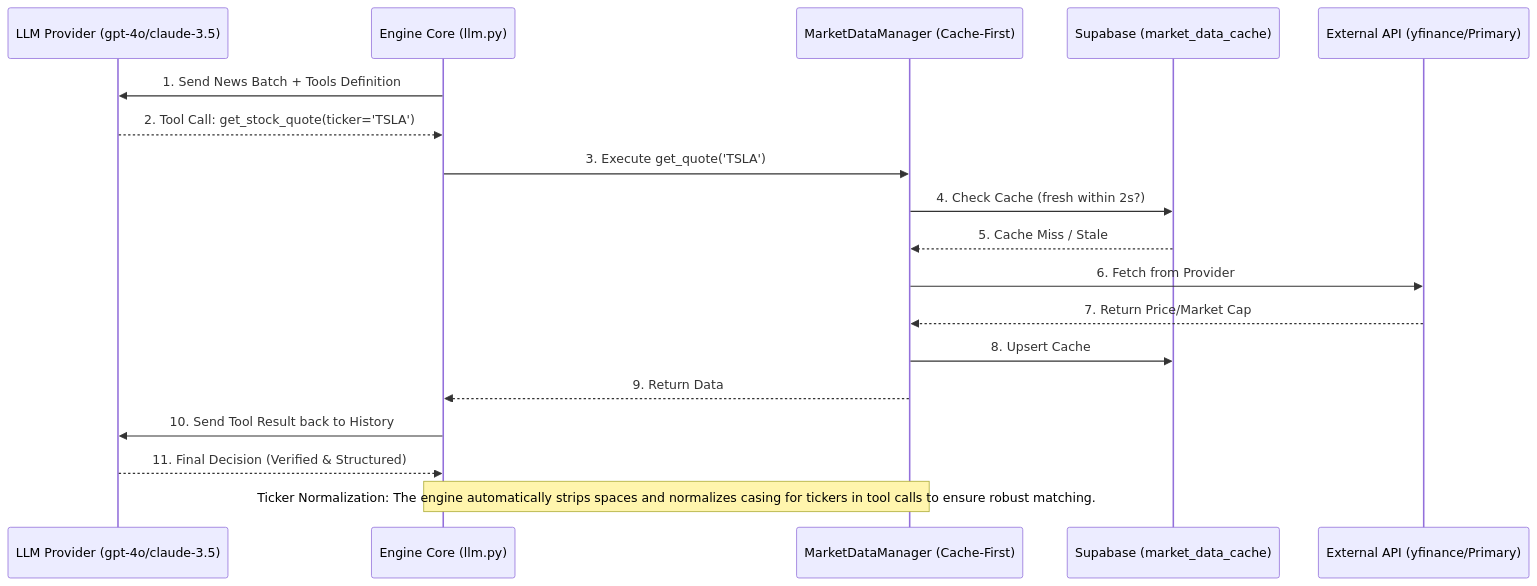
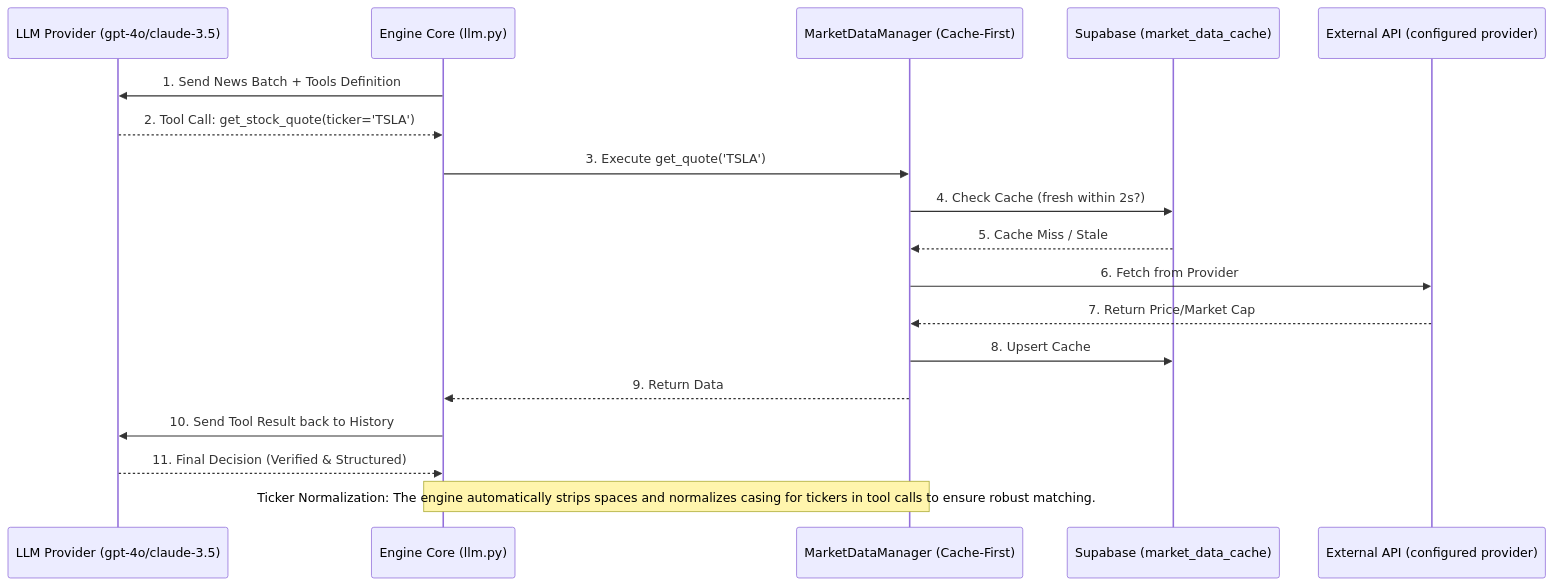
The first of 2 diagrams in docs/engine/data-flow.md (g-vega-cl/llm-market-bench), drawn with Mermaid before and after one commit. The commit also changed other lines of this file and 11 other files, not shown here.

Commit message:
refactor: remove multi-provider fallback logic to simplify market data retrieval to a single configured provider

````diff
--- a/docs/engine/data-flow.md
+++ b/docs/engine/data-flow.md
@@ -566,22 +566,22 @@
 ```mermaid
 sequenceDiagram
     participant LLM as LLM Provider (gpt-4o/claude-3.5)
     participant Core as Engine Core (llm.py)
     participant MDM as MarketDataManager (Cache-First)
     participant DB as Supabase (market_data_cache)
-    participant API as External API (yfinance/Primary)
+    participant API as External API (configured provider)
 
     Core->>LLM: 1. Send News Batch + Tools Definition
     LLM-->>Core: 2. Tool Call: get_stock_quote(ticker='TSLA')
     Core->>MDM: 3. Execute get_quote('TSLA')
     MDM->>DB: 4. Check Cache (fresh within 2s?)
     DB-->>MDM: 5. Cache Miss / Stale
     MDM->>API: 6. Fetch from Provider
     API-->>MDM: 7. Return Price/Market Cap
     MDM->>DB: 8. Upsert Cache
     MDM-->>Core: 9. Return Data
     Core->>LLM: 10. Send Tool Result back to History
     LLM-->>Core: 11. Final Decision (Verified & Structured)
 
     Note over Core,MDM: Ticker Normalization: The engine automatically strips spaces and normalizes casing for tickers in tool calls to ensure robust matching.
 ```
````
